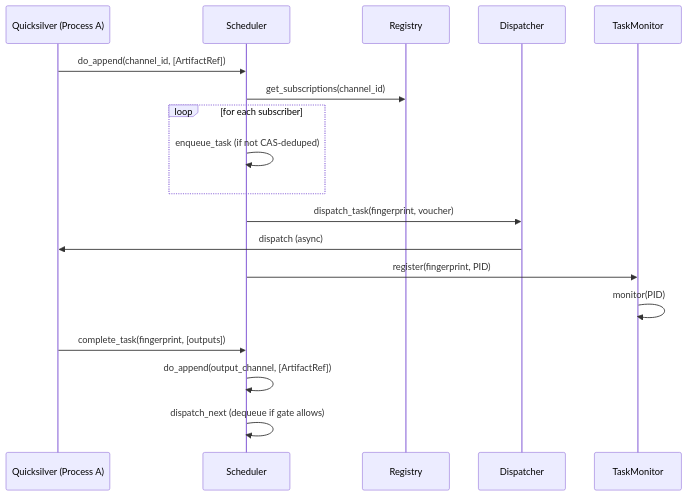
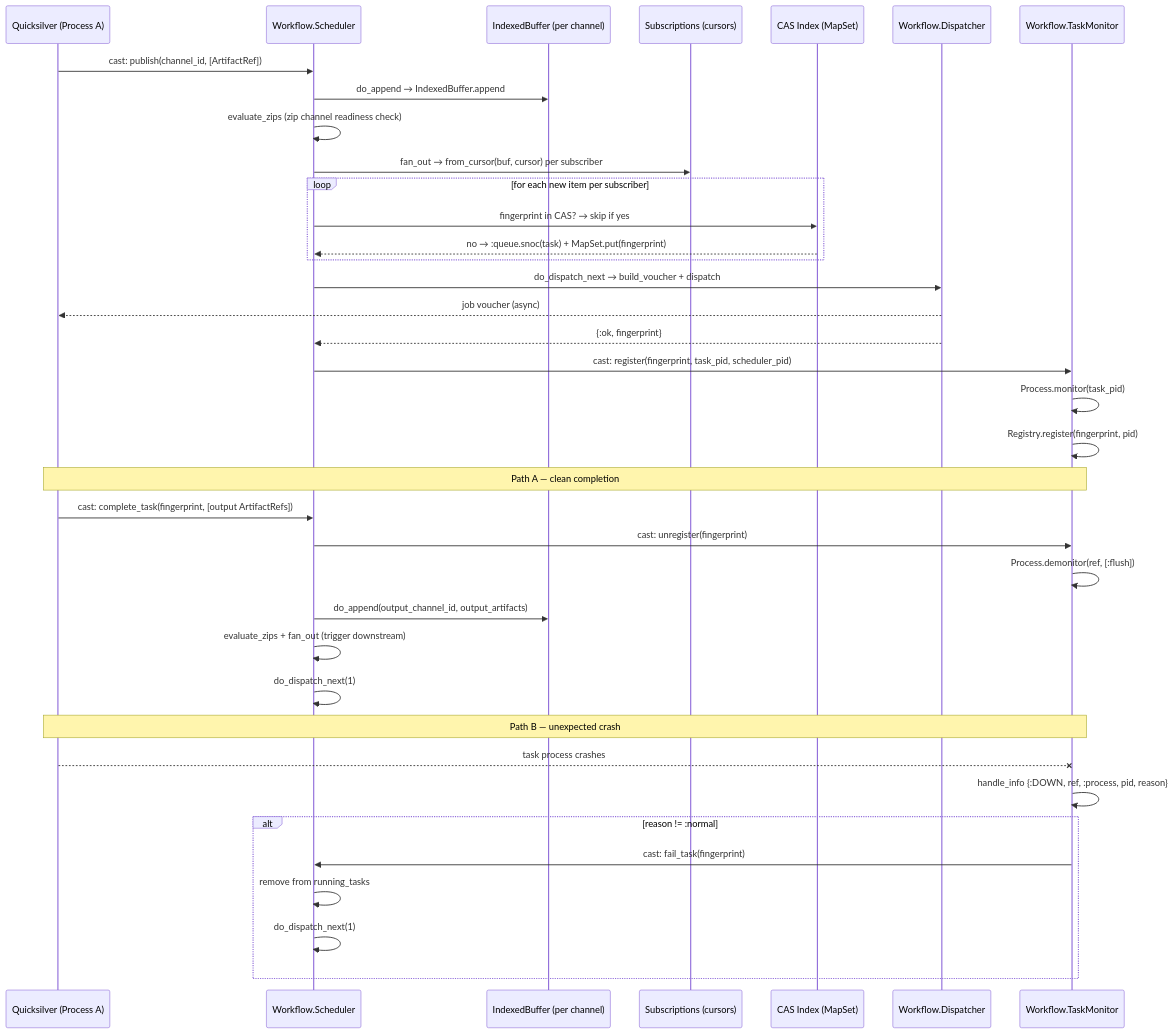
One commit to john-eevee/azoth changed the seventh of 8 diagrams in docs/guide/architecture.md. Above: the diagram before and after it, drawn with Mermaid. The commit also changed other lines of this file, not shown here.

First line of the commit message:
docs: update architecture diagrams to reflect actual Athanor modules

````diff
--- a/docs/guide/architecture.md
+++ b/docs/guide/architecture.md
@@ -330,23 +425,42 @@
 ```mermaid
 sequenceDiagram
     participant Q as Quicksilver (Process A)
-    participant Scheduler
-    participant Registry
-    participant Dispatcher
-    participant TM as TaskMonitor
-    
-    Q->>Scheduler: do_append(channel_id, [ArtifactRef])
-    Scheduler->>Registry: get_subscriptions(channel_id)
-    loop for each subscriber
-        Scheduler->>Scheduler: enqueue_task (if not CAS-deduped)
+    participant Sched as Workflow.Scheduler
+    participant IB as IndexedBuffer (per channel)
+    participant Subs as Subscriptions (cursors)
+    participant CAS as CAS Index (MapSet)
+    participant Disp as Workflow.Dispatcher
+    participant TM as Workflow.TaskMonitor
+
+    Q->>Sched: cast: publish(channel_id, [ArtifactRef])
+    Sched->>IB: do_append → IndexedBuffer.append
+    Sched->>Sched: evaluate_zips (zip channel readiness check)
+    Sched->>Subs: fan_out → from_cursor(buf, cursor) per subscriber
+    loop for each new item per subscriber
+        Sched->>CAS: fingerprint in CAS? → skip if yes
+        CAS-->>Sched: no → :queue.snoc(task) + MapSet.put(fingerprint)
     end
-    
-    Scheduler->>Dispatcher: dispatch_task(fingerprint, voucher)
-    Dispatcher->>Q: dispatch (async)
-    Scheduler->>TM: register(fingerprint, PID)
-    TM->>TM: monitor(PID)
-    
-    Q->>Scheduler: complete_task(fingerprint, [outputs])
-    Scheduler->>Scheduler: do_append(output_channel, [ArtifactRef])
-    Scheduler->>Scheduler: dispatch_next (dequeue if gate allows)
+    Sched->>Disp: do_dispatch_next → build_voucher + dispatch
+    Disp-->>Q: job voucher (async)
+    Disp-->>Sched: {:ok, fingerprint}
+    Sched->>TM: cast: register(fingerprint, task_pid, scheduler_pid)
+    TM->>TM: Process.monitor(task_pid)
+    TM->>TM: Registry.register(fingerprint, pid)
+
+    Note over Q,TM: Path A — clean completion
+    Q->>Sched: cast: complete_task(fingerprint, [output ArtifactRefs])
+    Sched->>TM: cast: unregister(fingerprint)
+    TM->>TM: Process.demonitor(ref, [:flush])
+    Sched->>IB: do_append(output_channel_id, output_artifacts)
+    Sched->>Sched: evaluate_zips + fan_out (trigger downstream)
+    Sched->>Sched: do_dispatch_next(1)
+
+    Note over Q,TM: Path B — unexpected crash
+    Q--xTM: task process crashes
+    TM->>TM: handle_info {:DOWN, ref, :process, pid, reason}
+    alt reason != :normal
+        TM->>Sched: cast: fail_task(fingerprint)
+        Sched->>Sched: remove from running_tasks
+        Sched->>Sched: do_dispatch_next(1)
+    end
 ```
````
